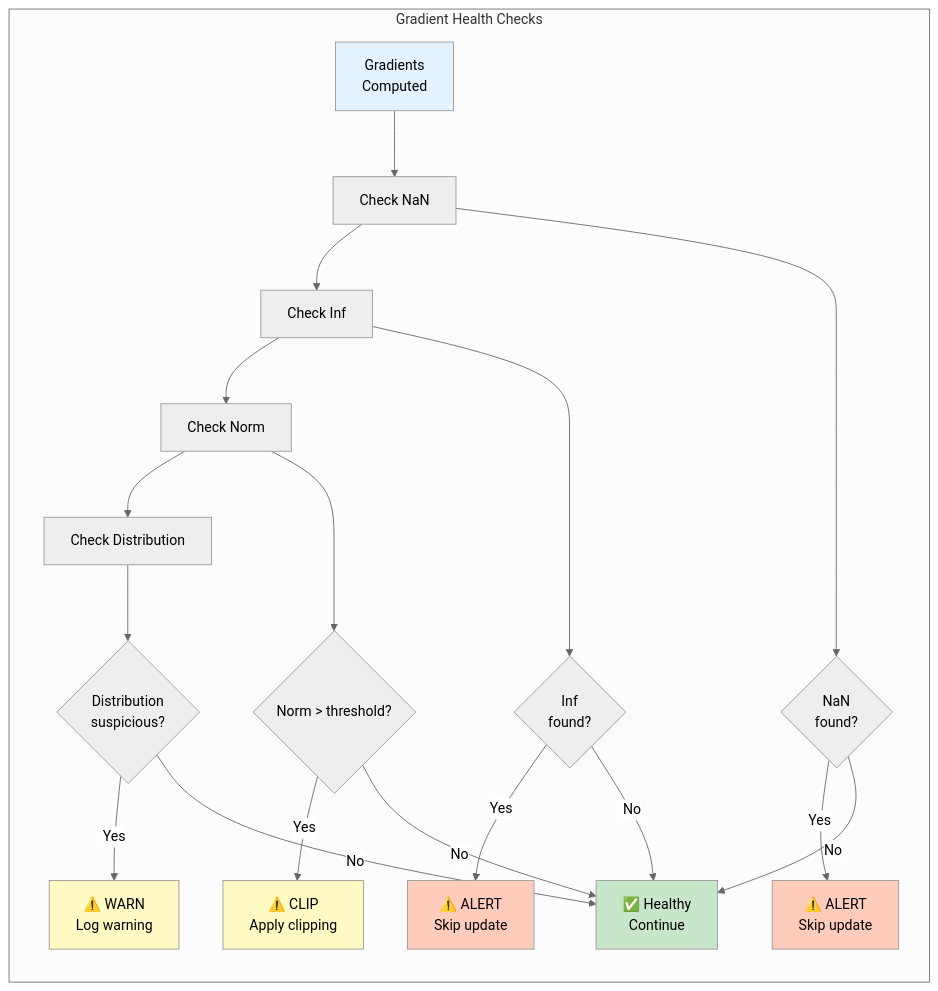
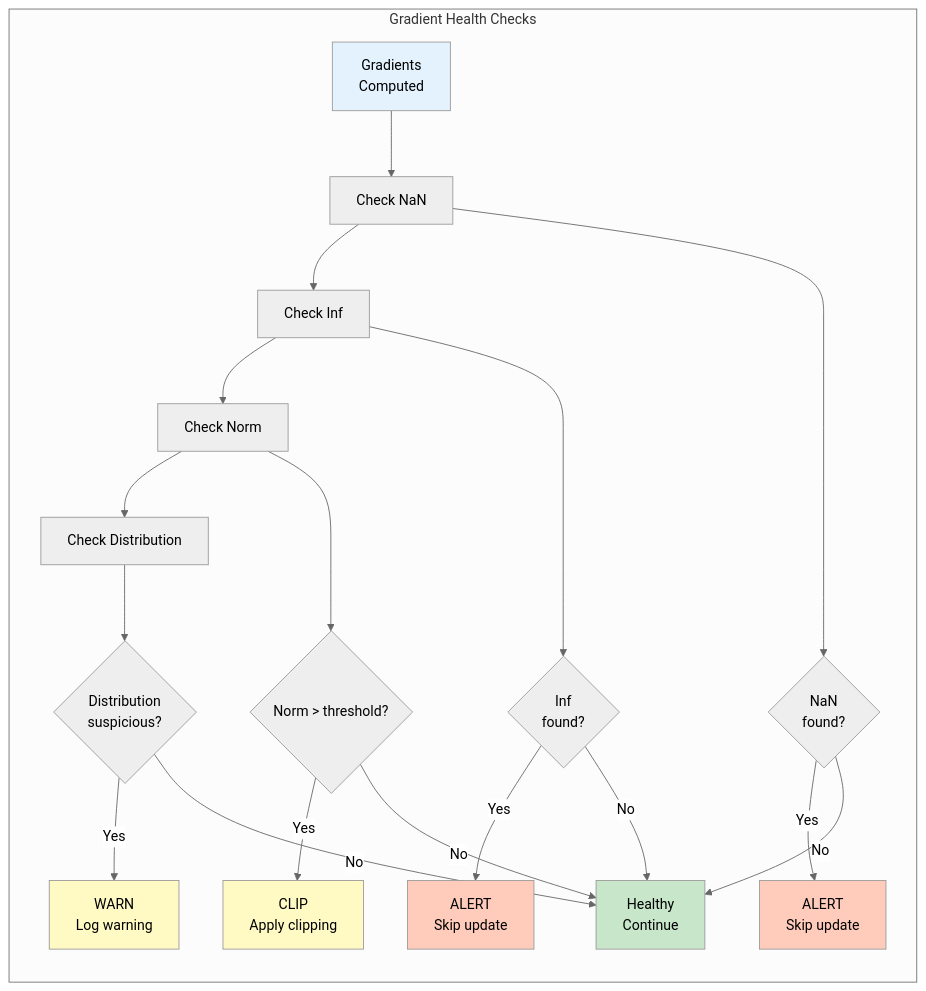
One commit to Pizzaman213/Ava_AI changed diagram 15 of 25 in code/docs/05_OPTIMIZATION_GUIDE.md. Above: the diagram before and after it, drawn with Mermaid (neutral theme). The commit also changed other lines of this file and 215 other files, not shown here.

````diff
--- a/code/docs/05_OPTIMIZATION_GUIDE.md
+++ b/code/docs/05_OPTIMIZATION_GUIDE.md
@@ -738,31 +738,31 @@
 ```mermaid
 flowchart LR
     subgraph "Gradient Health Checks"
         Grad[Gradients<br/>Computed] --> C1[Check NaN]
         C1 --> C2[Check Inf]
         C2 --> C3[Check Norm]
         C3 --> C4[Check Distribution]
 
         C1 --> D1{NaN<br/>found?}
         C2 --> D2{Inf<br/>found?}
         C3 --> D3{Norm > threshold?}
         C4 --> D4{Distribution<br/>suspicious?}
 
-        D1 -->|Yes| A1[⚠️ ALERT<br/>Skip update]
-        D2 -->|Yes| A2[⚠️ ALERT<br/>Skip update]
-        D3 -->|Yes| A3[⚠️ CLIP<br/>Apply clipping]
-        D4 -->|Yes| A4[⚠️ WARN<br/>Log warning]
+        D1 -->|Yes| A1[ ALERT<br/>Skip update]
+        D2 -->|Yes| A2[ ALERT<br/>Skip update]
+        D3 -->|Yes| A3[ CLIP<br/>Apply clipping]
+        D4 -->|Yes| A4[ WARN<br/>Log warning]
 
         D1 -->|No| OK
         D2 -->|No| OK
         D3 -->|No| OK
-        D4 -->|No| OK[✅ Healthy<br/>Continue]
+        D4 -->|No| OK[ Healthy<br/>Continue]
     end
 
     style Grad fill:#e3f2fd
     style OK fill:#c8e6c9
     style A1 fill:#ffccbc
     style A2 fill:#ffccbc
     style A3 fill:#fff9c4
     style A4 fill:#fff9c4
 ```
````
